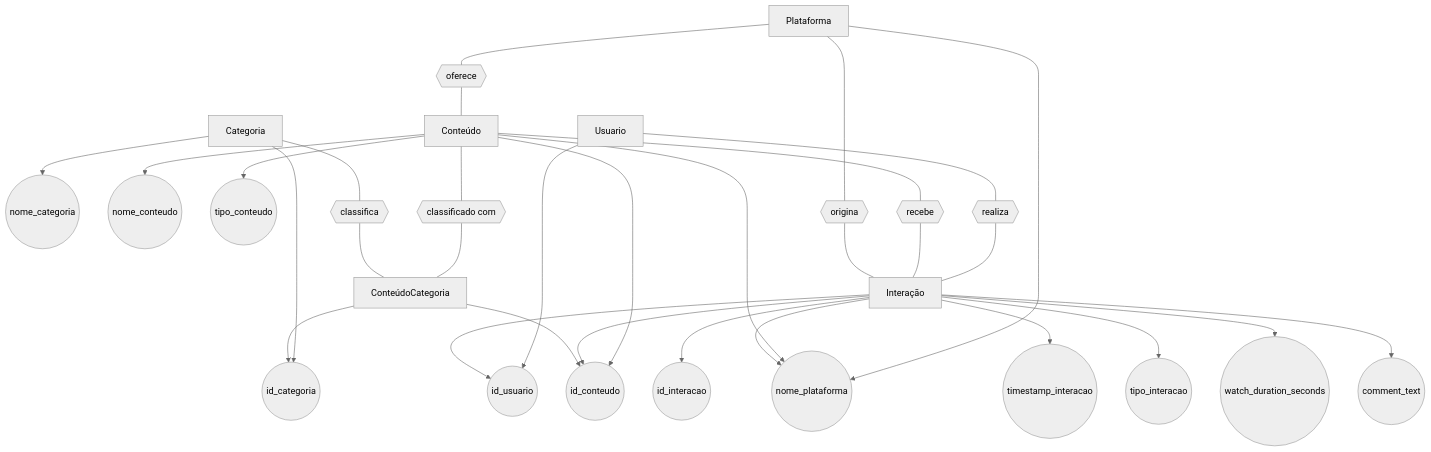
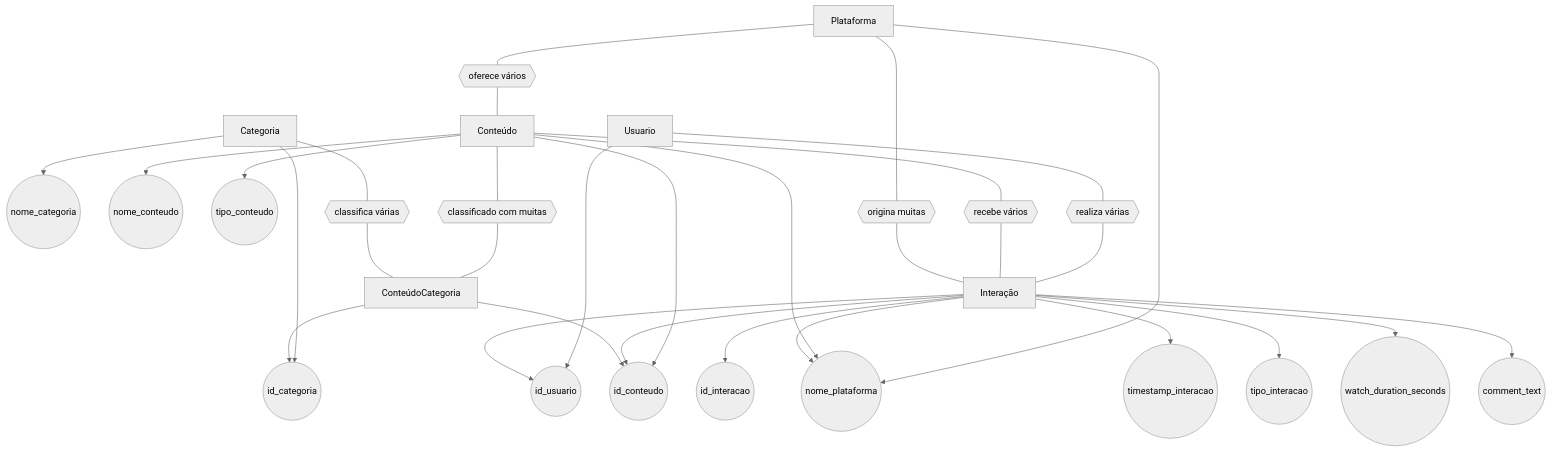
The first of 2 diagrams in README.md (JohnVictorCouto/Globotech), drawn with Mermaid (neutral theme) before and after one commit.

````diff
--- a/README.md
+++ b/README.md
@@ -110,73 +110,73 @@
 ```mermaid
 graph TD
 
   %% ENTIDADES (Retângulos)
   Usuario[Usuario]
   Plataforma[Plataforma]
   Categoria[Categoria]
   Conteudo[Conteúdo]
   Interacao[Interação]
   ConteudoCategoria[ConteúdoCategoria]
 
   %% ATRIBUTOS (Círculos)
   id_usuario((id_usuario))
   nome_plataforma((nome_plataforma))
   id_categoria((id_categoria))
   nome_categoria((nome_categoria))
   id_conteudo((id_conteudo))
   nome_conteudo((nome_conteudo))
   tipo_conteudo((tipo_conteudo))
   id_interacao((id_interacao))
   timestamp_interacao((timestamp_interacao))
   tipo_interacao((tipo_interacao))
   watch_duration_seconds((watch_duration_seconds))
   comment_text((comment_text))
 
   %% RELACIONAMENTOS (Losangos simulados)
-  R1{{realiza}}
-  R2{{recebe}}
-  R3{{oferece}}
-  R4{{origina}}
-  R5{{classificado com}}
-  R6{{classifica}}
+  R1{{realiza várias}}
+  R2{{recebe vários}}
+  R3{{oferece vários}}
+  R4{{origina muitas}}
+  R5{{classificado com muitas}}
+  R6{{classifica várias}}
 
   %% LIGAÇÕES: Entidade → Atributo
   Usuario --> id_usuario
   Plataforma --> nome_plataforma
   Categoria --> id_categoria
   Categoria --> nome_categoria
   Conteudo --> id_conteudo
   Conteudo --> nome_conteudo
   Conteudo --> tipo_conteudo
   Conteudo --> nome_plataforma
   Interacao --> id_interacao
   Interacao --> id_conteudo
   Interacao --> id_usuario
   Interacao --> nome_plataforma
   Interacao --> timestamp_interacao
   Interacao --> tipo_interacao
   Interacao --> watch_duration_seconds
   Interacao --> comment_text
   ConteudoCategoria --> id_conteudo
   ConteudoCategoria --> id_categoria
 
   %% LIGAÇÕES: Entidades ↔ Relacionamentos (com losangos)
   Usuario --- R1
   R1 --- Interacao
 
   Conteudo --- R2
   R2 --- Interacao
 
   Plataforma --- R3
   R3 --- Conteudo
 
   Plataforma --- R4
   R4 --- Interacao
 
   Conteudo --- R5
   R5 --- ConteudoCategoria
 
   Categoria --- R6
   R6 --- ConteudoCategoria
 
 ```
````
